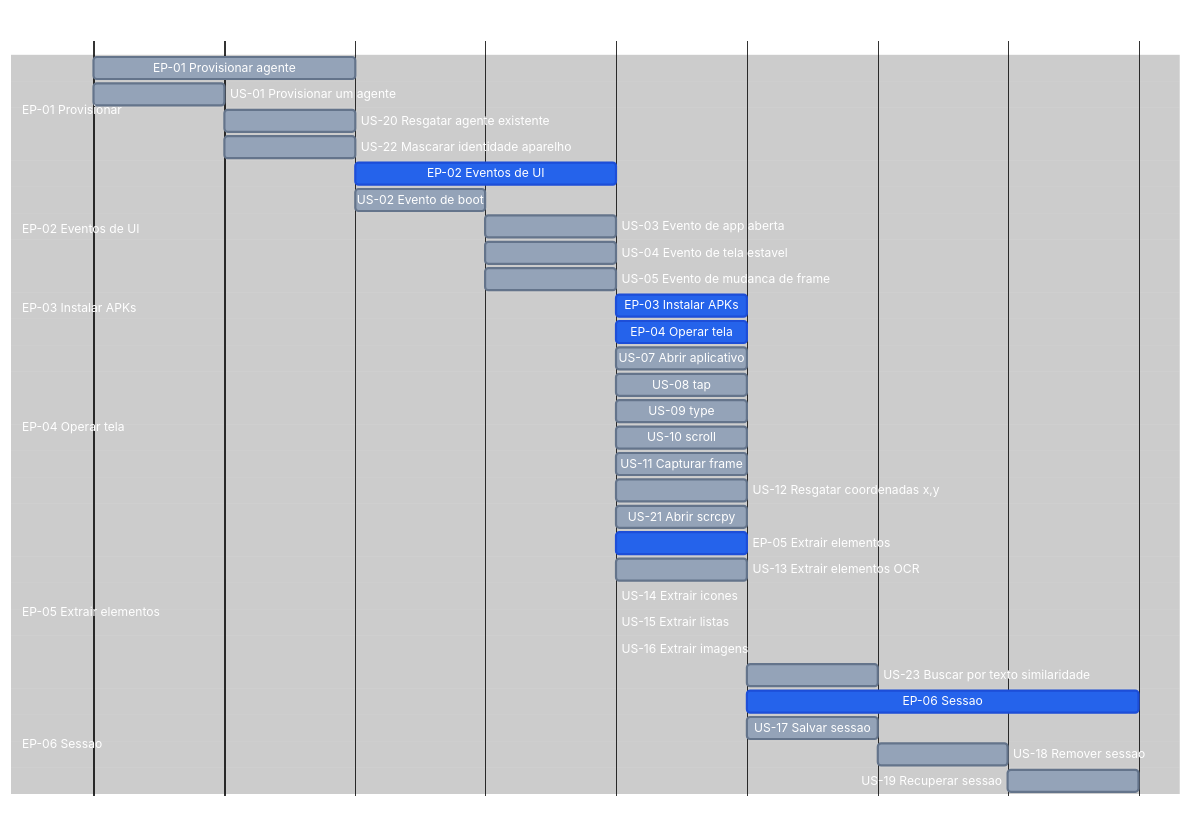
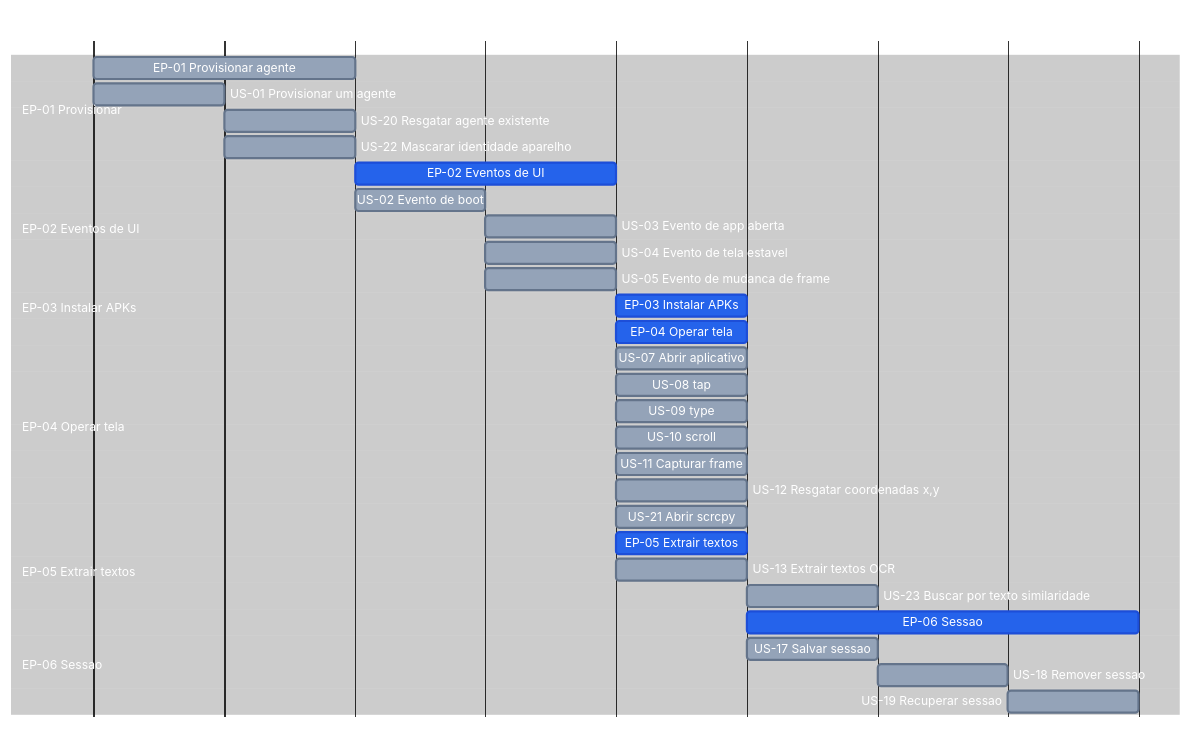
One commit to laerciogermano/workstation changed the diagram in screen-robot/3.roadmap.md. Above: the diagram before and after it, drawn with Mermaid. The commit also changed other lines of this file and 19 other files, not shown here.

First line of the commit message:
Unifica US-13/14/15 em Extrair textos: EP-05 só OCR de textos.

````diff
--- a/screen-robot/3.roadmap.md
+++ b/screen-robot/3.roadmap.md
@@ -12,80 +12,77 @@
 ```mermaid
 ---
 config:
   theme: base
   themeVariables:
     darkMode: true
     background: '#000000'
     primaryTextColor: '#ffffff'
     secondaryTextColor: '#ffffff'
     tertiaryTextColor: '#ffffff'
     textColor: '#ffffff'
     lineColor: '#333333'
     mainBkg: '#000000'
     secondaryColor: '#000000'
     tertiaryColor: '#000000'
     sectionBkgColor: '#000000'
     sectionBkgColor2: '#000000'
     altSectionBkgColor: '#000000'
     gridColor: '#222222'
     excludeBkgColor: '#000000'
     todayLineColor: '#444444'
     doneTaskBkgColor: '#2563eb'
     doneTaskBorderColor: '#1d4ed8'
     taskBkgColor: '#94a3b8'
     taskBorderColor: '#64748b'
     taskTextColor: '#ffffff'
     taskTextDarkColor: '#ffffff'
     taskTextLightColor: '#ffffff'
     taskTextOutsideColor: '#ffffff'
     critBkgColor: '#2563eb'
     critBorderColor: '#1d4ed8'
     activeTaskBkgColor: '#94a3b8'
     activeTaskBorderColor: '#64748b'
 ---
 gantt
   title screen-robot EP / US
   dateFormat X
   axisFormat %s
 
   section EP-01 Provisionar
   EP-01 Provisionar agente              :ep01, 0, 30m
   US-01 Provisionar um agente           :us01, 0, 15m
   US-20 Resgatar agente existente       :us20, after us01, 15m
   US-22 Mascarar identidade aparelho    :us22, after us01, 15m
 
   section EP-02 Eventos de UI
   EP-02 Eventos de UI                   :done, ep02, after ep01, 30m
   US-02 Evento de boot                  :us02, after ep01, 15m
   US-03 Evento de app aberta            :us03, after us02, 15m
   US-04 Evento de tela estavel          :us04, after us02, 15m
   US-05 Evento de mudanca de frame      :us05, after us02, 15m
 
 
   section EP-03 Instalar APKs
   EP-03 Instalar APKs                   :done, ep03, after us05, 15m
 
   section EP-04 Operar tela
   EP-04 Operar tela                     :done, ep04, after us05, 15m
   US-07 Abrir aplicativo                :us07, after us05, 15m
   US-08 tap                             :us08, after us05, 15m
   US-09 type                            :us09, after us05, 15m
   US-10 scroll                          :us10, after us05, 15m
   US-11 Capturar frame                  :us11, after us05, 15m
   US-12 Resgatar coordenadas x,y        :us12, after us05, 15m
   US-21 Abrir scrcpy                    :us21, after us05, 15m
 
-  section EP-05 Extrair elementos
-  EP-05 Extrair elementos               :done, ep05, after us05, 15m
-  US-13 Extrair elementos OCR           :us13, after us05, 15m
-  US-14 Extrair icones                  :crit, us14, after us05, 0m
-  US-15 Extrair listas                  :crit, us15, after us05, 0m
-  US-16 Extrair imagens                 :crit, us16, after us05, 0m
+  section EP-05 Extrair textos
+  EP-05 Extrair textos                  :done, ep05, after us05, 15m
+  US-13 Extrair textos OCR              :us13, after us05, 15m
   US-23 Buscar por texto similaridade   :us23, after us13, 15m
 
   section EP-06 Sessao
   EP-06 Sessao                          :done, ep06, after ep05, 45m
   US-17 Salvar sessao                   :us17, after ep05, 15m
   US-18 Remover sessao                  :us18, after us17, 15m
   US-19 Recuperar sessao                :us19, after us18, 15m
 ```
````
